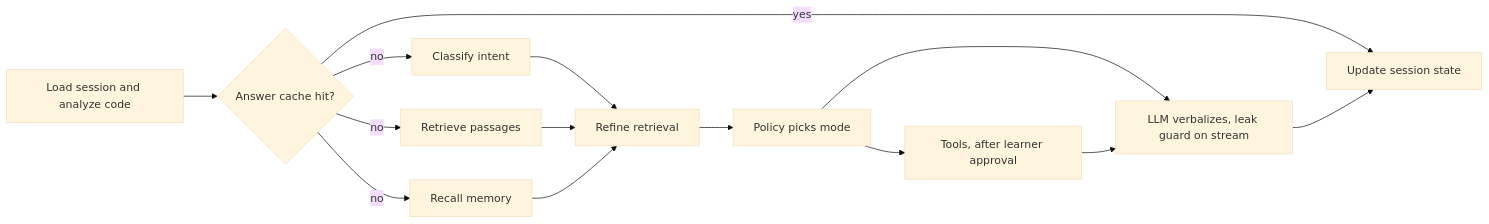
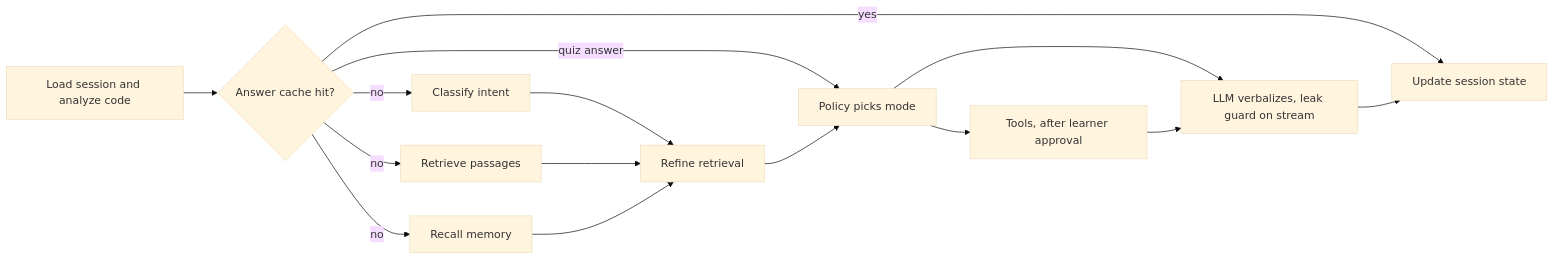
One commit to jsuryanm/code-buddy changed the diagram in README.md. Above: the diagram before and after it, drawn with Mermaid (base theme). The commit also changed other lines of this file and 12 other files, not shown here.

````diff
--- a/README.md
+++ b/README.md
@@ -63,16 +63,17 @@
 ```mermaid
 flowchart LR
     A[Load session and analyze code] --> B{Answer cache hit?}
     B -- yes --> U[Update session state]
+    B -- quiz answer --> P
     B -- no --> C[Classify intent]
     B -- no --> D[Retrieve passages]
     B -- no --> M[Recall memory]
     C --> R[Refine retrieval]
     D --> R
     M --> R
     R --> P[Policy picks mode]
     P --> T[Tools, after learner approval]
     P --> G[LLM verbalizes, leak guard on stream]
     T --> G
     G --> U
 ```
````
